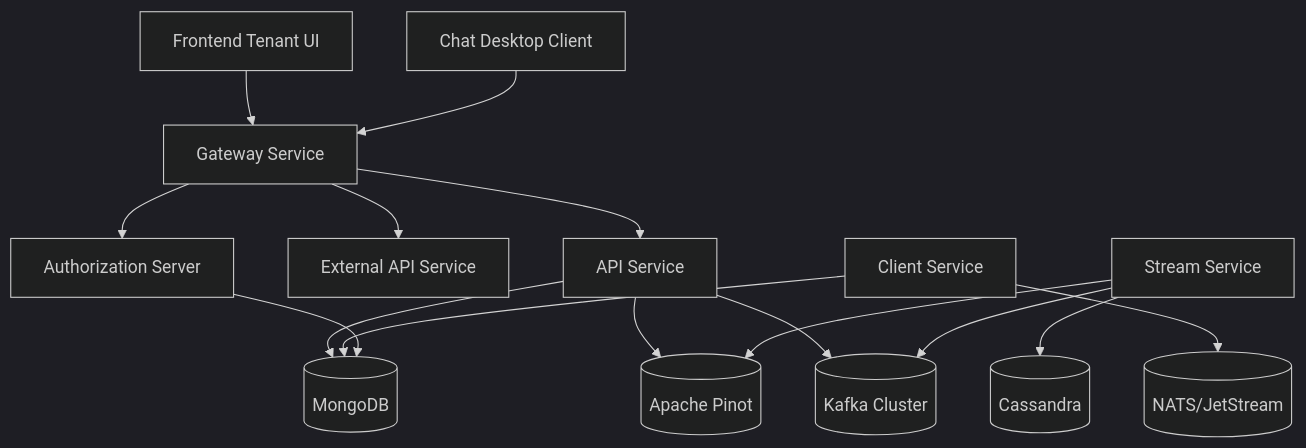
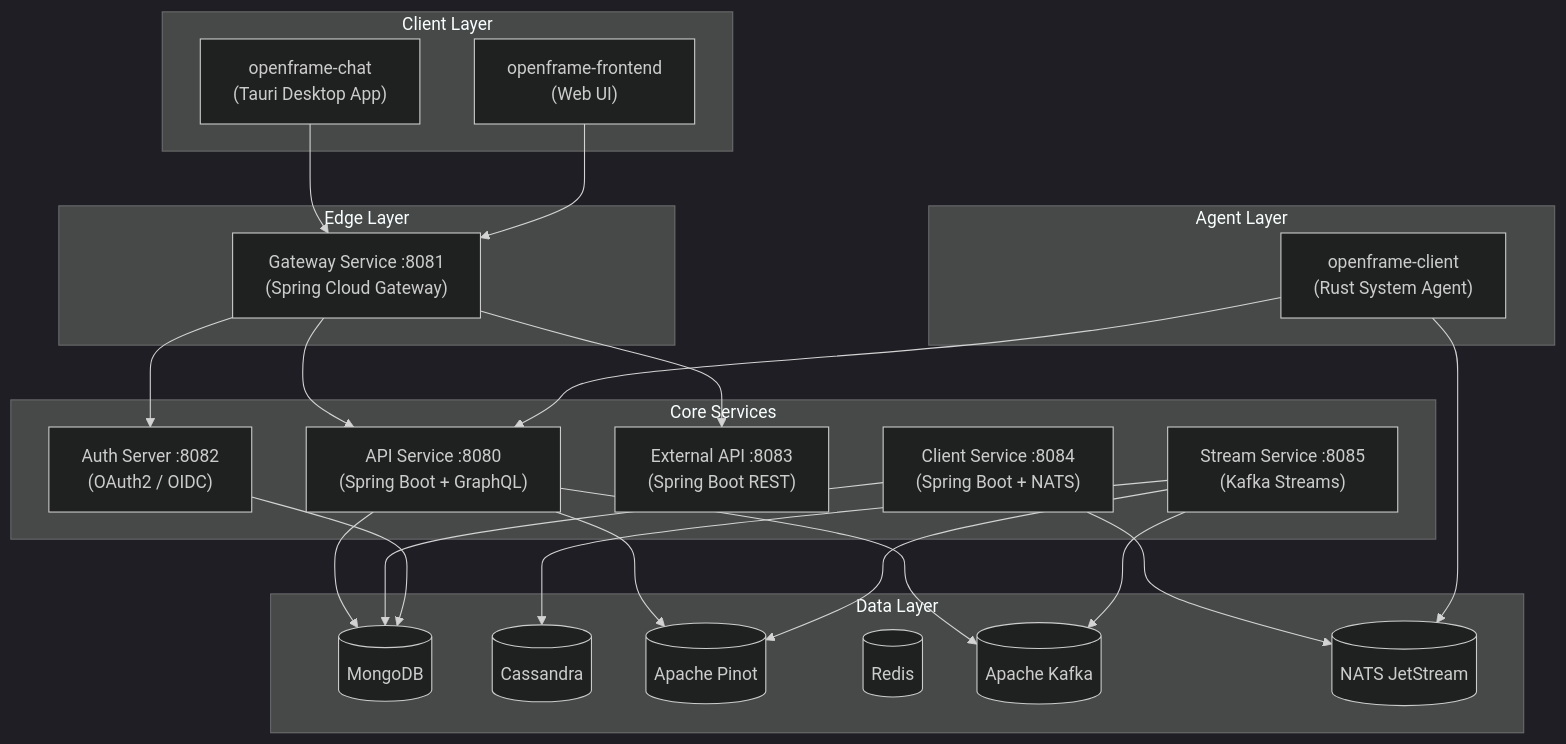
The diagram in README.md (flamingo-stack/openframe-oss-tenant), drawn with Mermaid (dark theme) before and after one commit. The commit also changed other lines of this file and 2 other files, not shown here.

````diff
--- a/README.md
+++ b/README.md
@@ -81,22 +42,49 @@
 ```mermaid
-flowchart TD
-    UI[Frontend Tenant UI] --> Gateway[Gateway Service]
-    Chat[Chat Desktop Client] --> Gateway
-    
-    Gateway --> API[API Service]
-    Gateway --> External[External API Service] 
-    Gateway --> Auth[Authorization Server]
-    
-    API --> Mongo[(MongoDB)]
-    API --> Pinot[(Apache Pinot)]
-    API --> Kafka[(Kafka Cluster)]
-    
-    Stream[Stream Service] --> Kafka
-    Stream --> Cassandra[(Cassandra)]
-    Stream --> Pinot
-    
-    Client[Client Service] --> Mongo
-    Client --> NATS[(NATS/JetStream)]
-    
-    Auth --> Mongo
+graph TB
+    subgraph Clients["Client Layer"]
+        ChatApp["openframe-chat\n(Tauri Desktop App)"]
+        FrontendUI["openframe-frontend\n(Web UI)"]
+    end
+
+    subgraph Gateway["Edge Layer"]
+        GW["Gateway Service :8081\n(Spring Cloud Gateway)"]
+    end
+
+    subgraph CoreServices["Core Services"]
+        API["API Service :8080\n(Spring Boot + GraphQL)"]
+        AuthServer["Auth Server :8082\n(OAuth2 / OIDC)"]
+        ExtAPI["External API :8083\n(Spring Boot REST)"]
+        StreamSvc["Stream Service :8085\n(Kafka Streams)"]
+        ClientSvc["Client Service :8084\n(Spring Boot + NATS)"]
+    end
+
+    subgraph AgentLayer["Agent Layer"]
+        OFClient["openframe-client\n(Rust System Agent)"]
+    end
+
+    subgraph DataLayer["Data Layer"]
+        Mongo[("MongoDB")]
+        Cassandra[("Cassandra")]
+        Pinot[("Apache Pinot")]
+        Redis[("Redis")]
+        Kafka[("Apache Kafka")]
+        NATS[("NATS JetStream")]
+    end
+
+    ChatApp --> GW
+    FrontendUI --> GW
+    GW --> API
+    GW --> AuthServer
+    GW --> ExtAPI
+    API --> Mongo
+    API --> Pinot
+    API --> Kafka
+    StreamSvc --> Kafka
+    StreamSvc --> Cassandra
+    StreamSvc --> Pinot
+    ClientSvc --> Mongo
+    ClientSvc --> NATS
+    AuthServer --> Mongo
+    OFClient --> NATS
+    OFClient --> API
 ```
````
